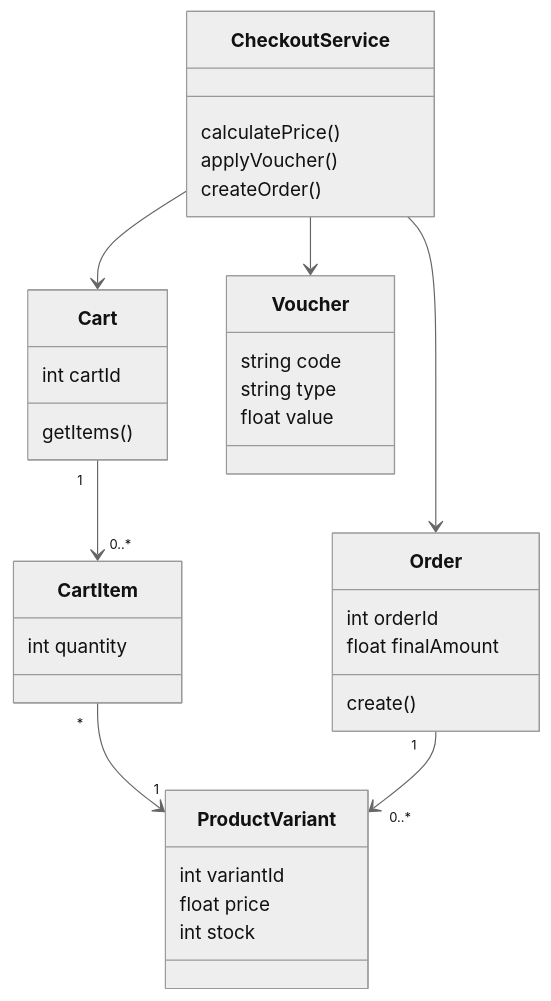
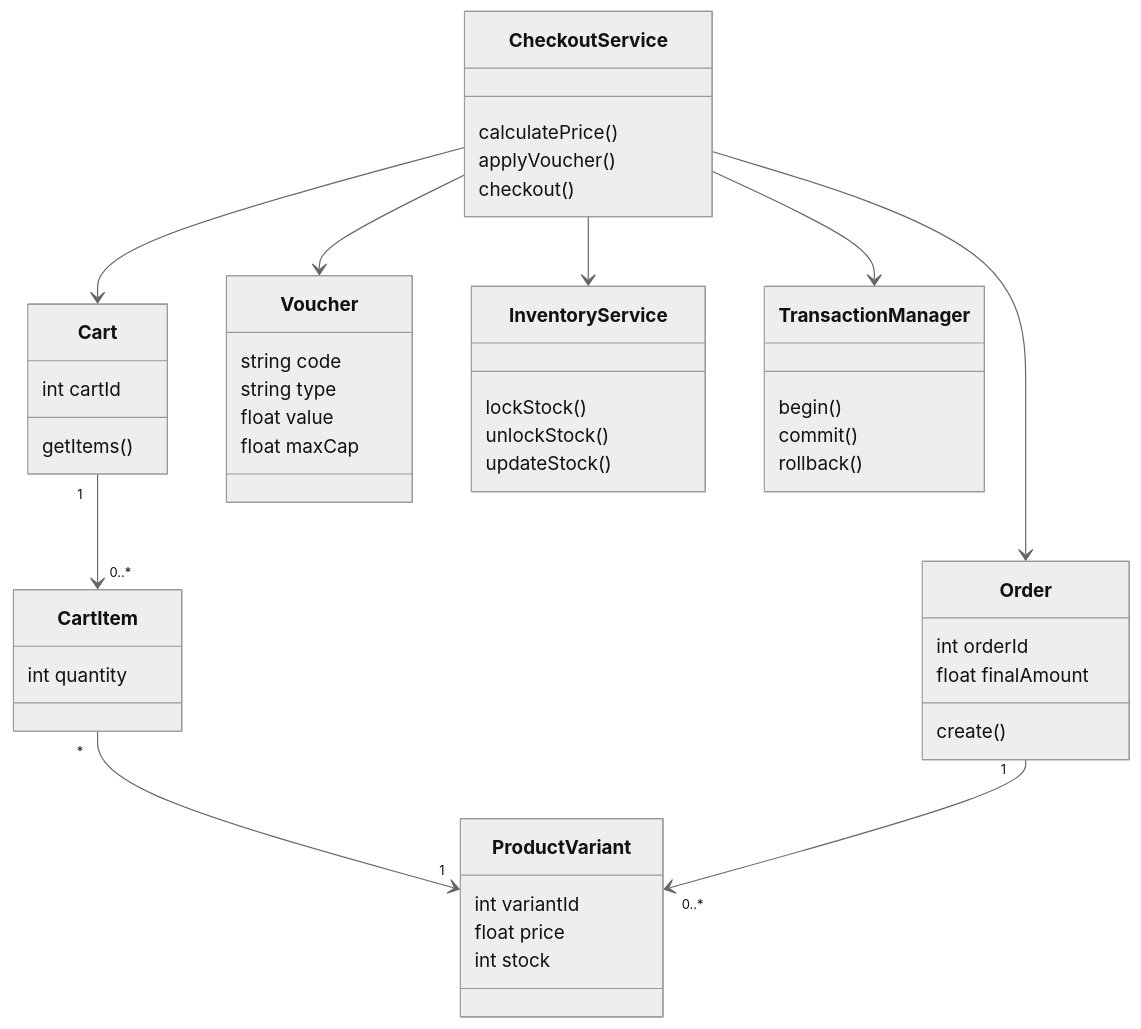
One commit to LeTranQuocDung/Group-6 changed the third of 3 diagrams in docs/analysis/checkout_voucher.md. Above: the diagram before and after it, drawn with Mermaid (neutral theme). The commit also changed other lines of this file, not shown here.

````diff
--- a/docs/analysis/checkout_voucher.md
+++ b/docs/analysis/checkout_voucher.md
@@ -62,42 +53,49 @@
 ```mermaid
 classDiagram
     class Cart {
         int cartId
         getItems()
     }
-
     class CartItem {
         int quantity
     }
-
     class ProductVariant {
         int variantId
         float price
         int stock
     }
-
     class Voucher {
         string code
         string type
         float value
+        float maxCap
     }
-
     class Order {
         int orderId
         float finalAmount
         create()
     }
-
     class CheckoutService {
         calculatePrice()
         applyVoucher()
-        createOrder()
+        checkout()
     }
-
+    class InventoryService {
+        lockStock()
+        unlockStock()
+        updateStock()
+    }
+    class TransactionManager {
+        begin()
+        commit()
+        rollback()
+    }
     Cart "1" --> "0..*" CartItem
     CartItem "*" --> "1" ProductVariant
     Order "1" --> "0..*" ProductVariant
     CheckoutService --> Cart
+    CheckoutService --> Voucher
     CheckoutService --> Order
-    CheckoutService --> Voucher
+    CheckoutService --> InventoryService
+    CheckoutService --> TransactionManager
 ```
````
